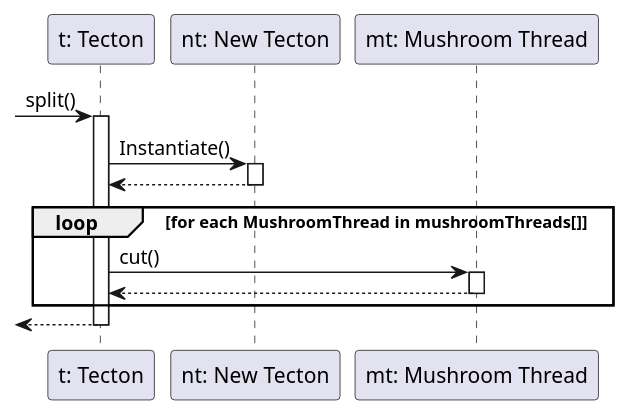
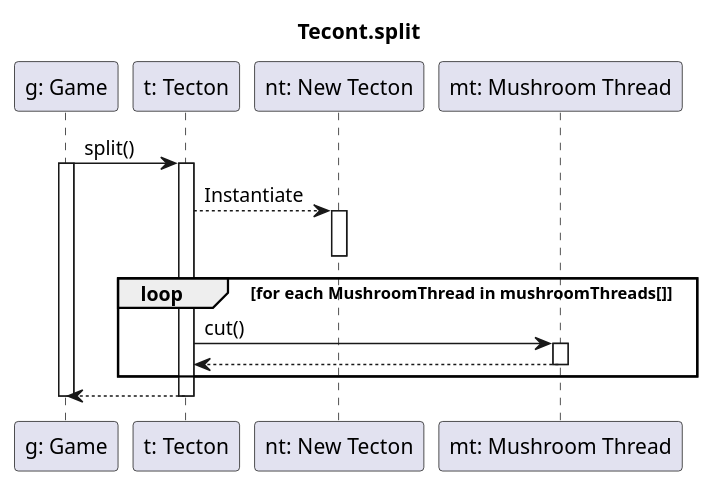
The diagram in diagrams/sequence/tecton/split.plantuml (dzsem/projlab), drawn with PlantUML before and after one commit.

```diff
--- a/diagrams/sequence/tecton/split.plantuml
+++ b/diagrams/sequence/tecton/split.plantuml
@@ -1,29 +1,31 @@
 @startuml split_sequence
+title Tecont.split
 
+participant "g: Game" as game
 participant "t: Tecton" as tecton
 participant "nt: New Tecton" as newtecton
 participant "mt: Mushroom Thread" as thread
 
--> tecton: split()
+game -> tecton: split()
+activate game
 activate tecton
 
-tecton -> newtecton: Instantiate()
+tecton --> newtecton: Instantiate
 activate newtecton
-
-newtecton --> tecton
 deactivate newtecton
 
 loop for each MushroomThread in mushroomThreads[]
 
 tecton -> thread: cut()
 activate thread
 
 thread --> tecton
 deactivate thread
 
 end
 
-<-- tecton
+game <-- tecton
 deactivate tecton
+deactivate game
 
 @enduml
```
